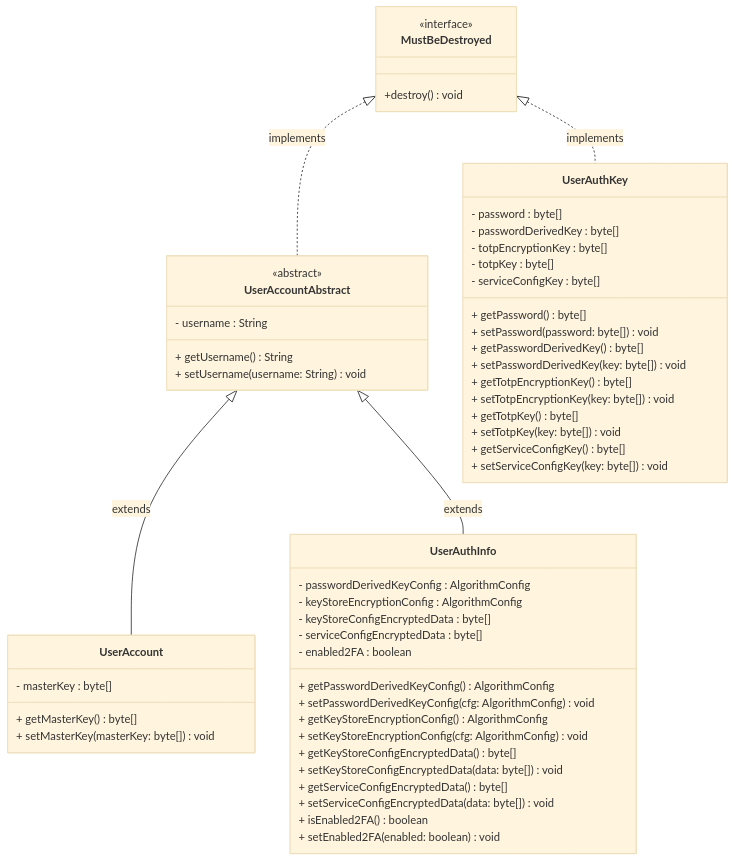
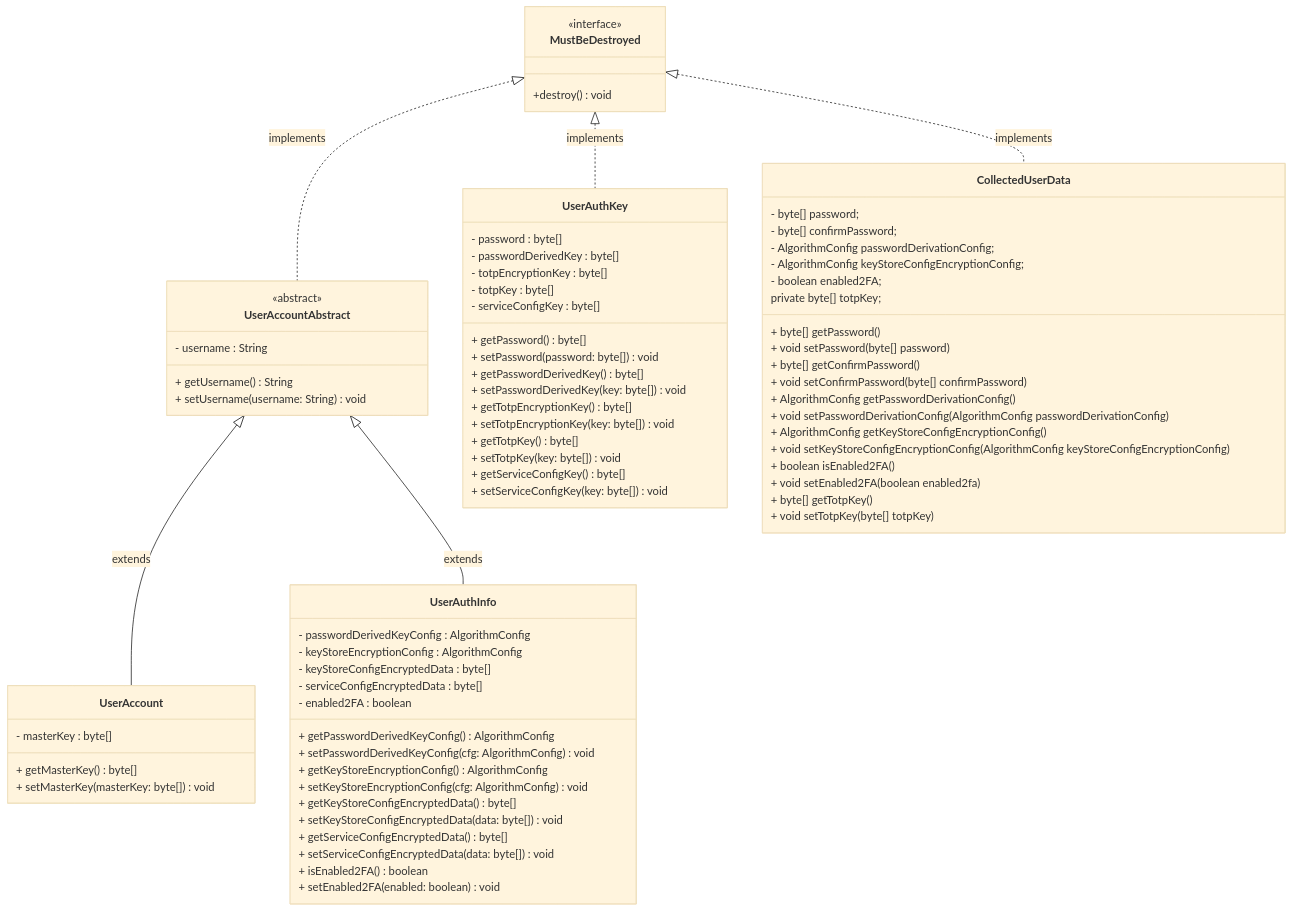
Before and after one commit to ZY-UNIVERSITA/Progetto-OOP: the diagram in Modello implementativo.md, drawn with Mermaid (base theme). The commit also changed other lines of this file and 1 other file, not shown here.

````diff
--- a/Modello implementativo.md
+++ b/Modello implementativo.md
@@ -61,10 +61,33 @@
   + setServiceConfigKey(key: byte[]) void
 }
 
+class CollectedUserData {
+    - byte[] password;
+    - byte[] confirmPassword;
+    - AlgorithmConfig passwordDerivationConfig;
+    - AlgorithmConfig keyStoreConfigEncryptionConfig;
+    - boolean enabled2FA;
+
+    private byte[] totpKey;
+    + byte[] getPassword()
+    + void setPassword(byte[] password)
+    + byte[] getConfirmPassword()
+    + void setConfirmPassword(byte[] confirmPassword)
+    + AlgorithmConfig getPasswordDerivationConfig()
+    + void setPasswordDerivationConfig(AlgorithmConfig passwordDerivationConfig)
+    + AlgorithmConfig getKeyStoreConfigEncryptionConfig()
+    + void setKeyStoreConfigEncryptionConfig(AlgorithmConfig keyStoreConfigEncryptionConfig)
+    + boolean isEnabled2FA()
+    + void setEnabled2FA(boolean enabled2fa)
+    + byte[] getTotpKey()
+    + void setTotpKey(byte[] totpKey)
+}
+
 %% Relationships
 MustBeDestroyed <|.. UserAccountAbstract : implements
+MustBeDestroyed <|.. UserAuthKey : implements
+MustBeDestroyed <|.. CollectedUserData: implements
 UserAccountAbstract <|-- UserAccount : extends
 UserAccountAbstract <|-- UserAuthInfo : extends
-MustBeDestroyed <|.. UserAuthKey : implements
 
 ```
````
